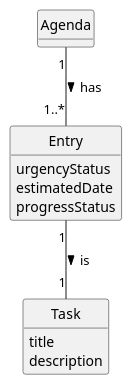
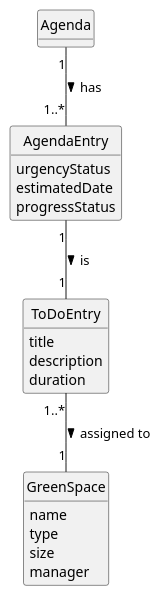
Before and after one commit to ricardomm7/leaflink: the diagram in docs/sprintC/us025/02.analysis/puml/us025-domain-model.puml, drawn with PlantUML. The commit also changed 5 other files, not shown here.

```diff
--- a/docs/sprintC/us025/02.analysis/puml/us025-domain-model.puml
+++ b/docs/sprintC/us025/02.analysis/puml/us025-domain-model.puml
@@ -1,40 +1,46 @@
 @startuml
 skinparam monochrome true
 skinparam packageStyle rectangle
 skinparam shadowing false
 
 'left to right direction
 
 skinparam classAttributeIconSize 0
 
 hide circle
 hide methods
 
 
 
-class Entry {
+class AgendaEntry {
     urgencyStatus
     estimatedDate
     progressStatus
 
 }
 
 
-class Task {
+class ToDoEntry {
     title
     description
+    duration
 
 }
 
 class Agenda{
 }
 
+class GreenSpace{
+name
+type
+size
+manager
 
+}
+Agenda "1" -- "1..*" AgendaEntry: has >
 
+AgendaEntry "1" -- "1" ToDoEntry: is >
 
-
-Agenda "1" -- "1..*" Entry: has >
-
-Entry "1" -- "1" Task: is >
+ToDoEntry "1..*" -- "1" GreenSpace: assigned to >
 
 @enduml
```
